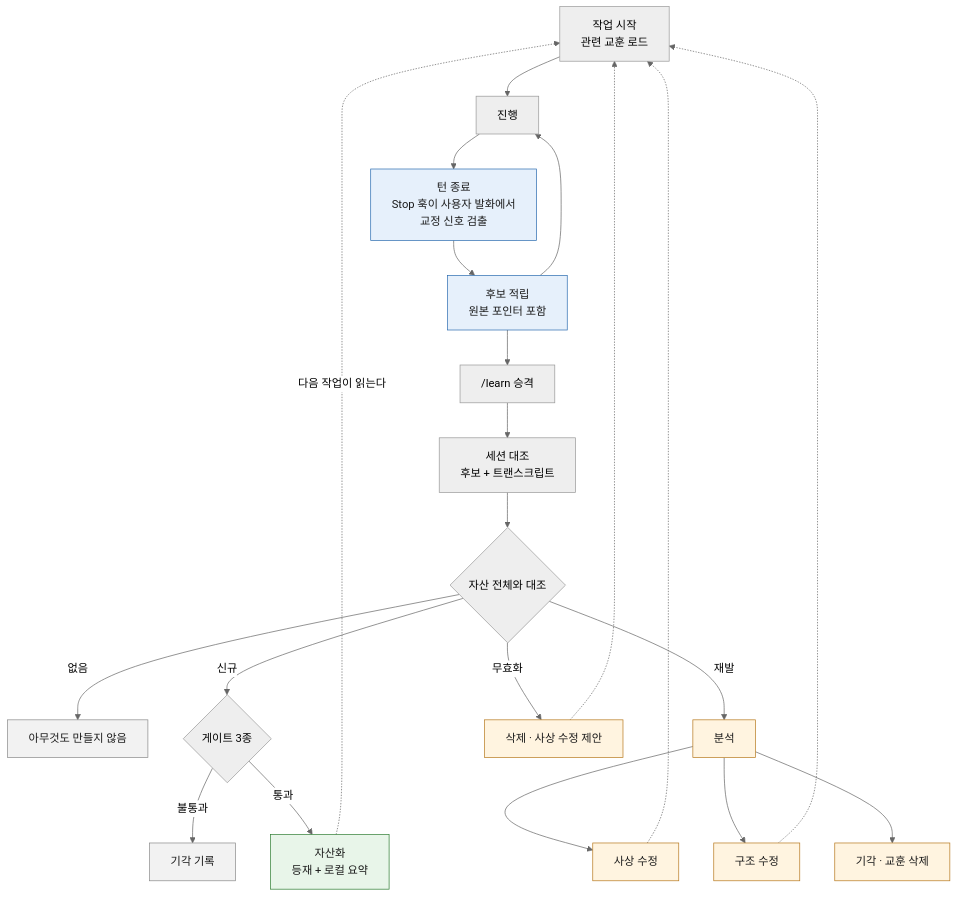
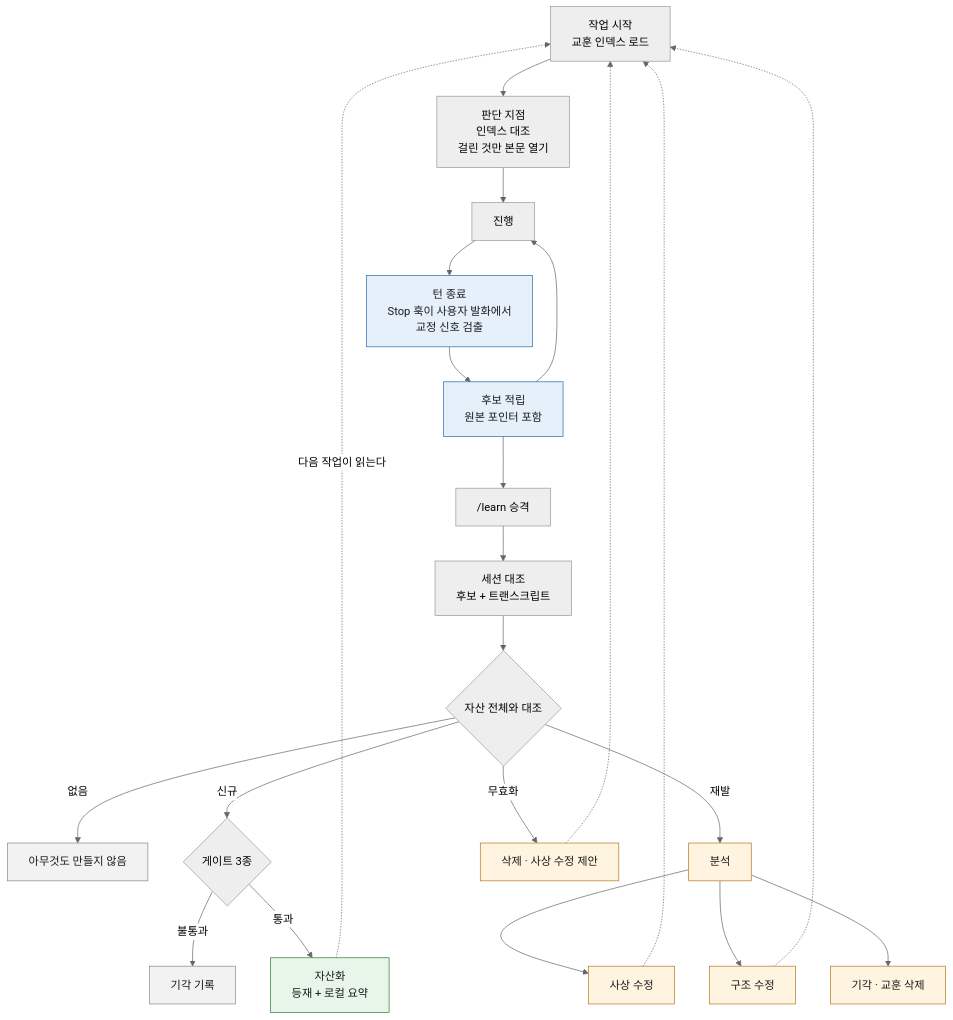
One commit to idean3885/claude-devex changed the diagram in docs/lessons.md. Above: the diagram before and after it, drawn with Mermaid (neutral theme). The commit also changed other lines of this file and 6 other files, not shown here.

First line of the commit message:
fix: 이슈 플로우에 교훈 인덱스 로드·대조 단계 추가

````diff
--- a/docs/lessons.md
+++ b/docs/lessons.md
@@ -21,32 +21,33 @@
 ```mermaid
 flowchart TB
-  S["작업 시작<br/>관련 교훈 로드"] --> W["진행"]
+  S["작업 시작<br/>교훈 인덱스 로드"] --> D["판단 지점<br/>인덱스 대조<br/>걸린 것만 본문 열기"]
+  D --> W["진행"]
   W --> T["턴 종료<br/>Stop 훅이 사용자 발화에서<br/>교정 신호 검출"]
   T --> Q["후보 적립<br/>원본 포인터 포함"]
   Q --> W
   Q --> L["/learn 승격"]
   L --> SC["세션 대조<br/>후보 + 트랜스크립트"]
   SC --> M{"자산 전체와 대조"}
   M -->|"없음"| N["아무것도 만들지 않음"]
   M -->|"신규"| GATE{"게이트 3종"}
   M -->|"재발"| R["분석"]
   M -->|"무효화"| V["삭제 · 사상 수정 제안"]
   GATE -->|"불통과"| RJ["기각 기록"]
   GATE -->|"통과"| A["자산화<br/>등재 + 로컬 요약"]
   R --> R1["사상 수정"]
   R --> R2["구조 수정"]
   R --> R3["기각 · 교훈 삭제"]
   A -.->|"다음 작업이 읽는다"| S
   R1 -.-> S
   R2 -.-> S
   V -.-> S
 
   classDef skip fill:#f2f2f2,stroke:#8a8a8a,color:#1a1a1a
   classDef act fill:#e8f5e9,stroke:#2e7d32,color:#1a1a1a
   classDef dig fill:#fff4e0,stroke:#b7791f,color:#1a1a1a
   classDef mach fill:#e6f0fb,stroke:#2b6cb0,color:#1a1a1a
   class N,RJ skip
   class A act
   class R,R1,R2,R3,V dig
   class T,Q mach
 ```
````
